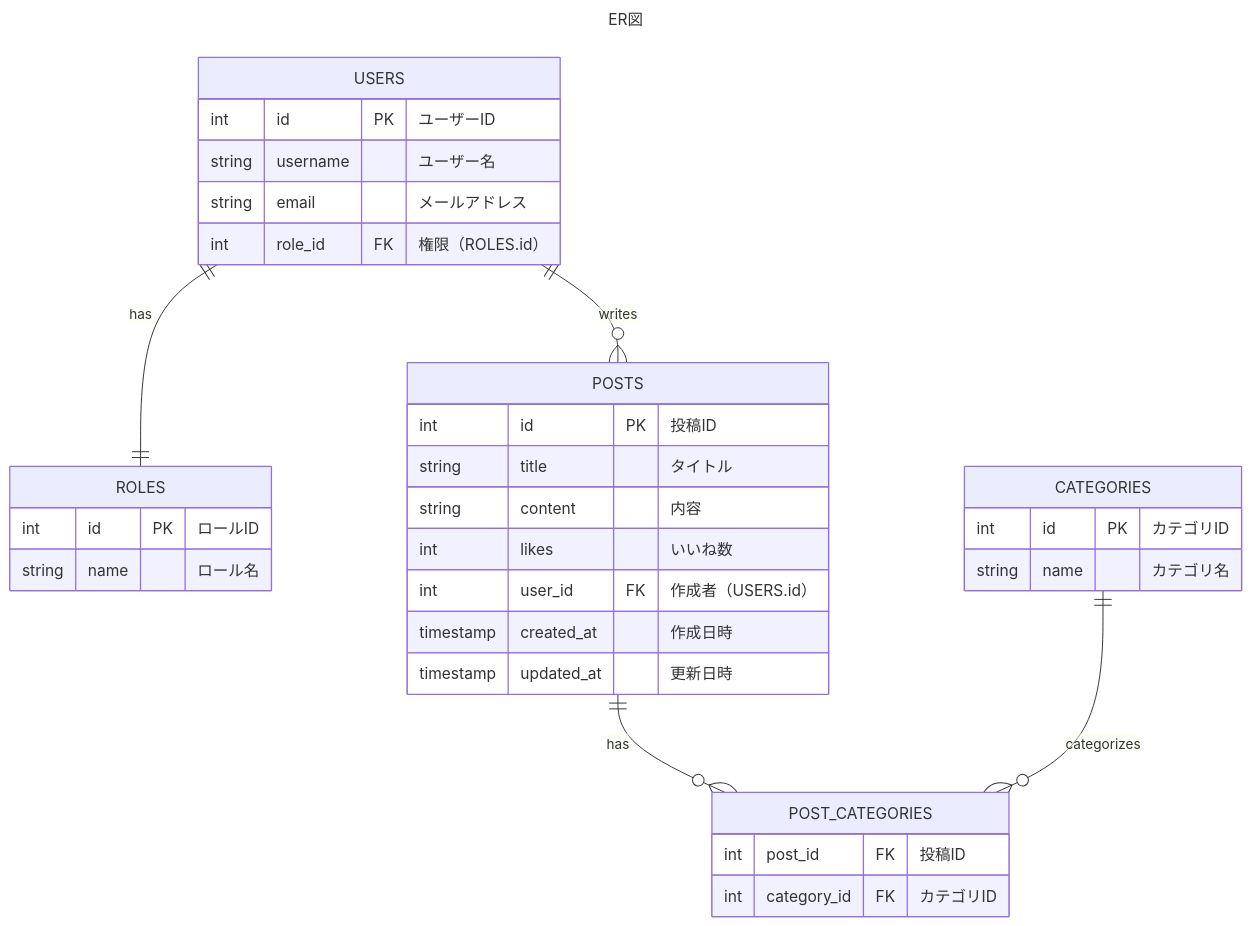
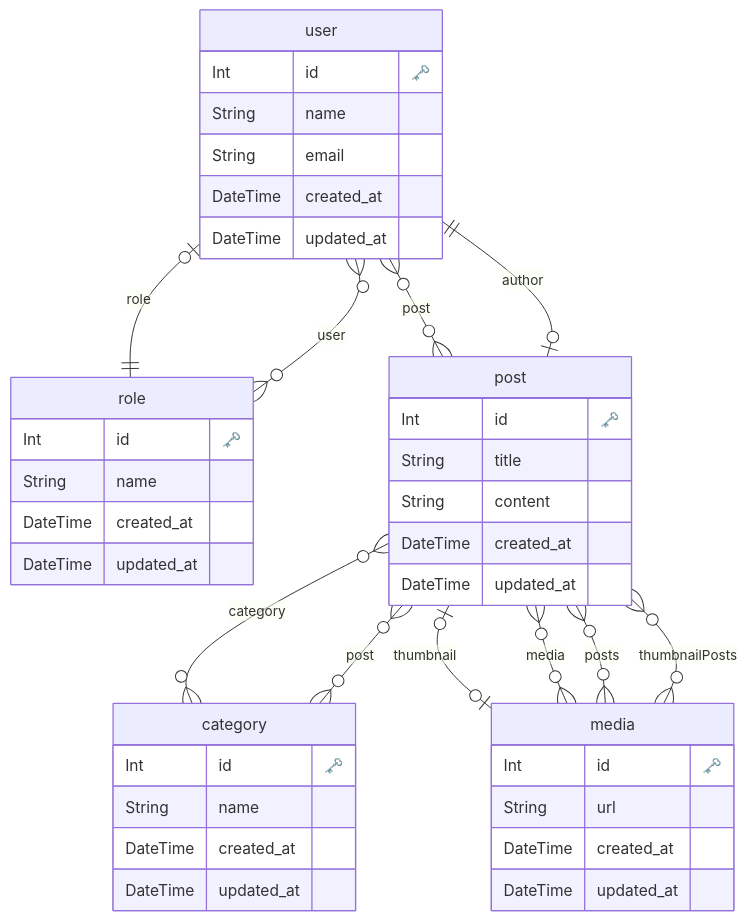
Before and after one commit to kushikushi5969/kushikushibanashi-admin: the diagram in docs/ER.md, drawn with Mermaid.

Commit message:
update: 自動出力に変更

````diff
--- a/docs/ER.md
+++ b/docs/ER.md
@@ -1,39 +1,51 @@
 ```mermaid
----
-title: "ER図"
----
 erDiagram
-    USERS ||--|| ROLES : "has"
 
-    USERS {
-        int id PK "ユーザーID"
-        string username "ユーザー名"
-        string email "メールアドレス"
-        int role_id FK "権限（ROLES.id）"
-    }
-    ROLES {
-        int id PK "ロールID"
-        string name "ロール名"
+  "user" {
+    Int id "🗝️"
+    String name
+    String email
+    DateTime created_at
+    DateTime updated_at
     }
 
-    USERS ||--o{ POSTS : "writes"
-    POSTS ||--o{ POST_CATEGORIES : "has"
-    POSTS {
-        int id PK "投稿ID"
-        string title "タイトル"
-        string content "内容"
-        int likes "いいね数"
-        int user_id FK "作成者（USERS.id）"
-        timestamp created_at "作成日時"
-        timestamp updated_at "更新日時"
+  "role" {
+    Int id "🗝️"
+    String name
+    DateTime created_at
+    DateTime updated_at
     }
-    CATEGORIES ||--o{ POST_CATEGORIES : "categorizes"
-    CATEGORIES {
-        int id PK "カテゴリID"
-        string name "カテゴリ名"
+
+  "post" {
+    Int id "🗝️"
+    String title
+    String content
+    DateTime created_at
+    DateTime updated_at
     }
-    POST_CATEGORIES {
-        int post_id FK "投稿ID"
-        int category_id FK "カテゴリID"
+
+  "category" {
+    Int id "🗝️"
+    String name
+    DateTime created_at
+    DateTime updated_at
     }
+
+  "media" {
+    Int id "🗝️"
+    String url
+    DateTime created_at
+    DateTime updated_at
+    }
+
+    "user" o|--|| "role" : "role"
+    "user" o{--}o "post" : "post"
+    "role" o{--}o "user" : "user"
+    "post" o|--|| "user" : "author"
+    "post" o{--}o "category" : "category"
+    "post" o|--|o "media" : "thumbnail"
+    "post" o{--}o "media" : "media"
+    "category" o{--}o "post" : "post"
+    "media" o{--}o "post" : "posts"
+    "media" o{--}o "post" : "thumbnailPosts"
 ```
````
